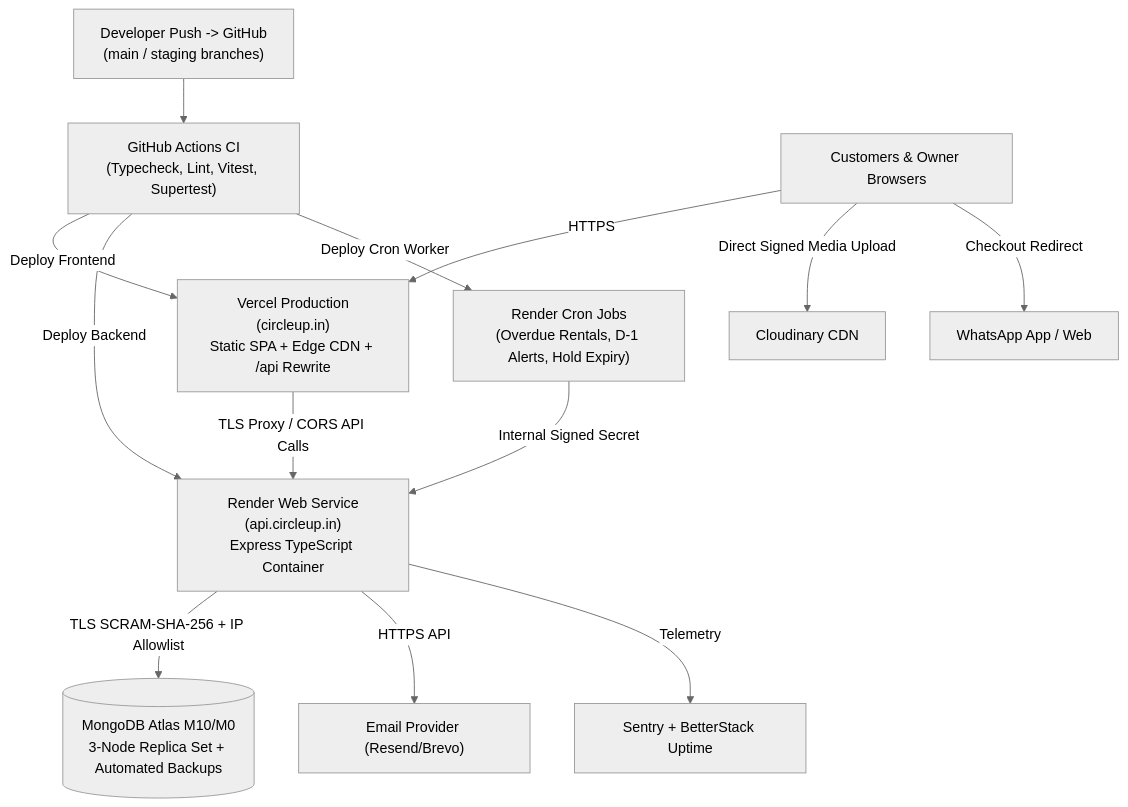
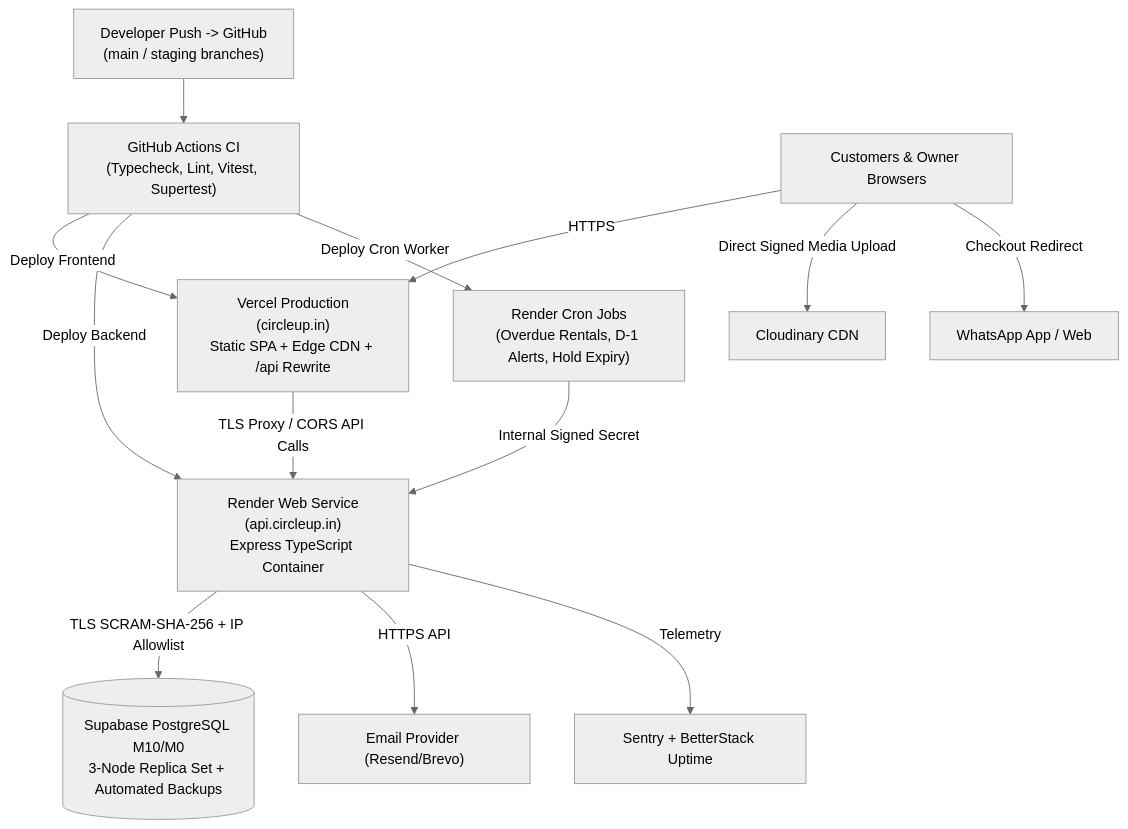
Before and after one commit to Sujash01/Circle_Up: the fourth of 11 diagrams in docs/CIRCLEUP_SYSTEM_DESIGN.md, drawn with Mermaid (neutral theme). The commit also changed other lines of this file and 157 other files, not shown here.

````diff
--- a/docs/CIRCLEUP_SYSTEM_DESIGN.md
+++ b/docs/CIRCLEUP_SYSTEM_DESIGN.md
@@ -238,17 +238,17 @@
 ```mermaid
 flowchart TB
     DEV["Developer Push -> GitHub\n(main / staging branches)"] --> CI["GitHub Actions CI\n(Typecheck, Lint, Vitest, Supertest)"]
     CI -->|"Deploy Frontend"| VERCEL["Vercel Production\n(circleup.in)\nStatic SPA + Edge CDN + /api Rewrite"]
     CI -->|"Deploy Backend"| RENDER_WEB["Render Web Service\n(api.circleup.in)\nExpress TypeScript Container"]
     CI -->|"Deploy Cron Worker"| RENDER_CRON["Render Cron Jobs\n(Overdue Rentals, D-1 Alerts, Hold Expiry)"]
 
     USER["Customers & Owner Browsers"] -->|"HTTPS"| VERCEL
     VERCEL -->|"TLS Proxy / CORS API Calls"| RENDER_WEB
     USER -->|"Direct Signed Media Upload"| CLOUDINARY["Cloudinary CDN"]
     USER -->|"Checkout Redirect"| WHATSAPP["WhatsApp App / Web"]
 
-    RENDER_WEB -->|"TLS SCRAM-SHA-256 + IP Allowlist"| ATLAS[("MongoDB Atlas M10/M0\n3-Node Replica Set + Automated Backups")]
+    RENDER_WEB -->|"TLS SCRAM-SHA-256 + IP Allowlist"| SUPABASE[("Supabase PostgreSQL M10/M0\n3-Node Replica Set + Automated Backups")]
     RENDER_CRON -->|"Internal Signed Secret"| RENDER_WEB
     RENDER_WEB -->|"HTTPS API"| RESEND["Email Provider (Resend/Brevo)"]
     RENDER_WEB -->|"Telemetry"| SENTRY["Sentry + BetterStack Uptime"]
 ```
````
